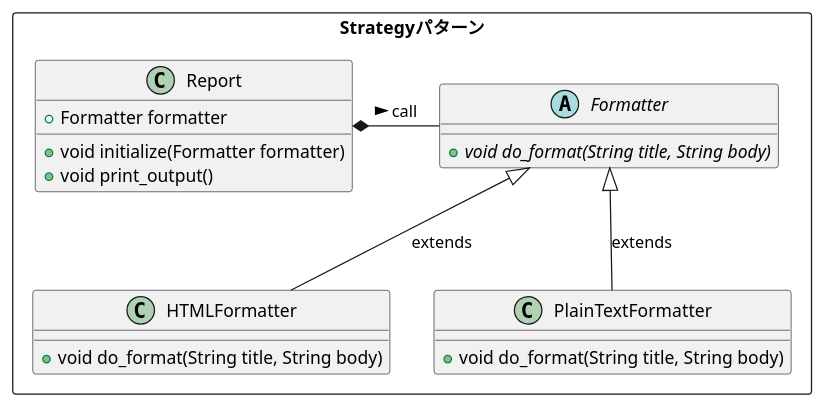
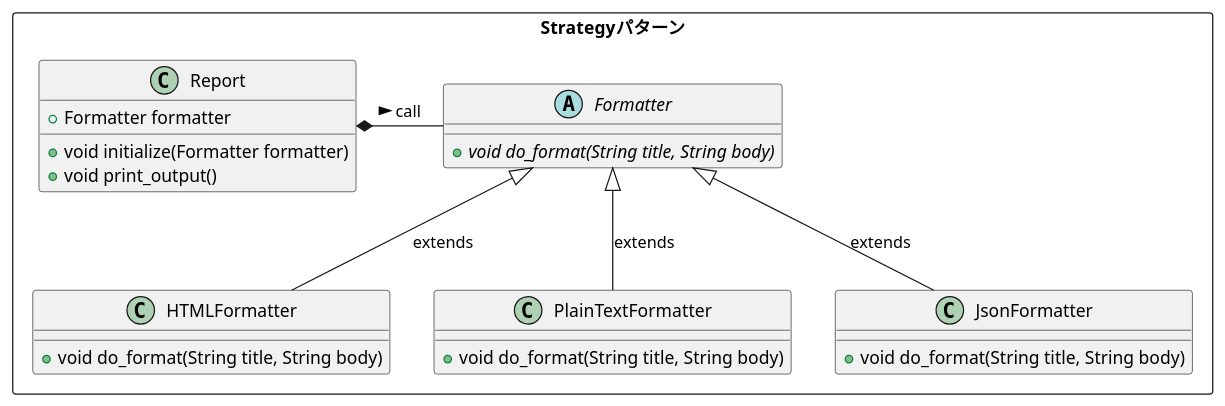
One commit to mei28/Deeesign_patteeern changed the diagram in 10-Strategy/strategy.pu. Above: the diagram before and after it, drawn with PlantUML. The commit also changed 1 other file, not shown here.

Commit message:
UPDATE: JsonFormatterクラスを追加

```diff
--- a/10-Strategy/strategy.pu
+++ b/10-Strategy/strategy.pu
@@ -1,27 +1,32 @@
 @startuml Strategyパターン
 
 package Strategyパターン <<Rectangle>> {
     class Report {
         + Formatter formatter
         + void initialize(Formatter formatter)
         + void print_output()
     }
 
     abstract class Formatter {
         + {abstract} void do_format(String title, String body)
     }
 
     class HTMLFormatter {
         + void do_format(String title, String body)
     }
 
     class PlainTextFormatter {
         + void do_format(String title, String body)
     }
+
+    class JsonFormatter {
+        + void do_format(String title, String body)
+    }
 }
 
 Report *- Formatter : call >
 Formatter <|-- HTMLFormatter : extends
 Formatter <|-- PlainTextFormatter : extends
+Formatter <|-- JsonFormatter : extends
 
 @enduml
```
